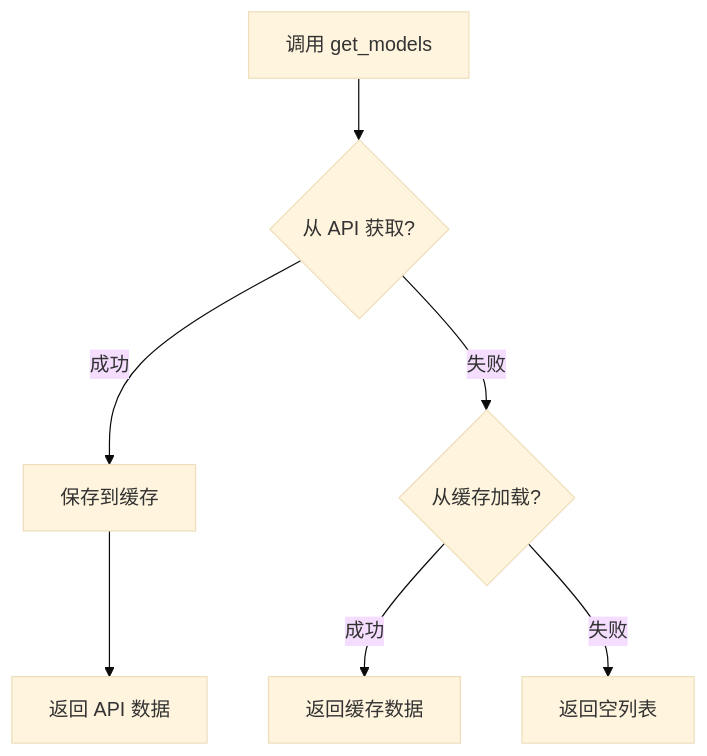
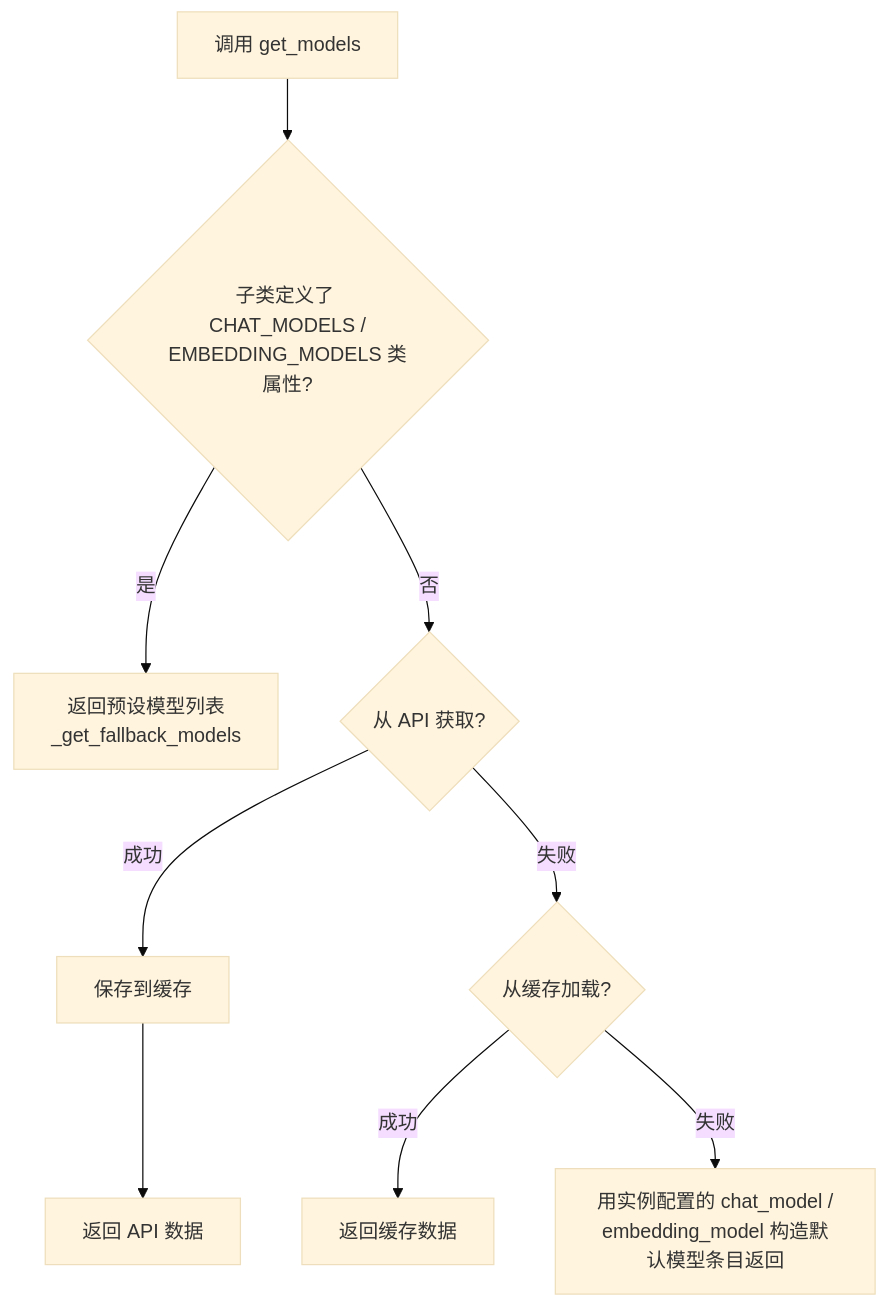
One commit to KKPIP-Tech/InstructionX changed the fifth of 7 diagrams in docs/core/llm-provider/overview.md. Above: the diagram before and after it, drawn with Mermaid (base theme). The commit also changed other lines of this file and 35 other files, not shown here.

````diff
--- a/docs/core/llm-provider/overview.md
+++ b/docs/core/llm-provider/overview.md
@@ -320,9 +351,11 @@
 ```mermaid
 flowchart TD
-    Start[调用 get_models] --> API{从 API 获取?}
+    Start[调用 get_models] --> Preset{子类定义了 CHAT_MODELS /<br/>EMBEDDING_MODELS 类属性?}
+    Preset -->|是| ReturnPreset[返回预设模型列表<br/>_get_fallback_models]
+    Preset -->|否| API{从 API 获取?}
     API -->|成功| Save[保存到缓存]
     API -->|失败| Cache{从缓存加载?}
     Cache -->|成功| ReturnCache[返回缓存数据]
-    Cache -->|失败| Empty[返回空列表]
+    Cache -->|失败| Default[用实例配置的 chat_model /<br/>embedding_model 构造默认模型条目返回]
     Save --> ReturnAPI[返回 API 数据]
 ```
````
